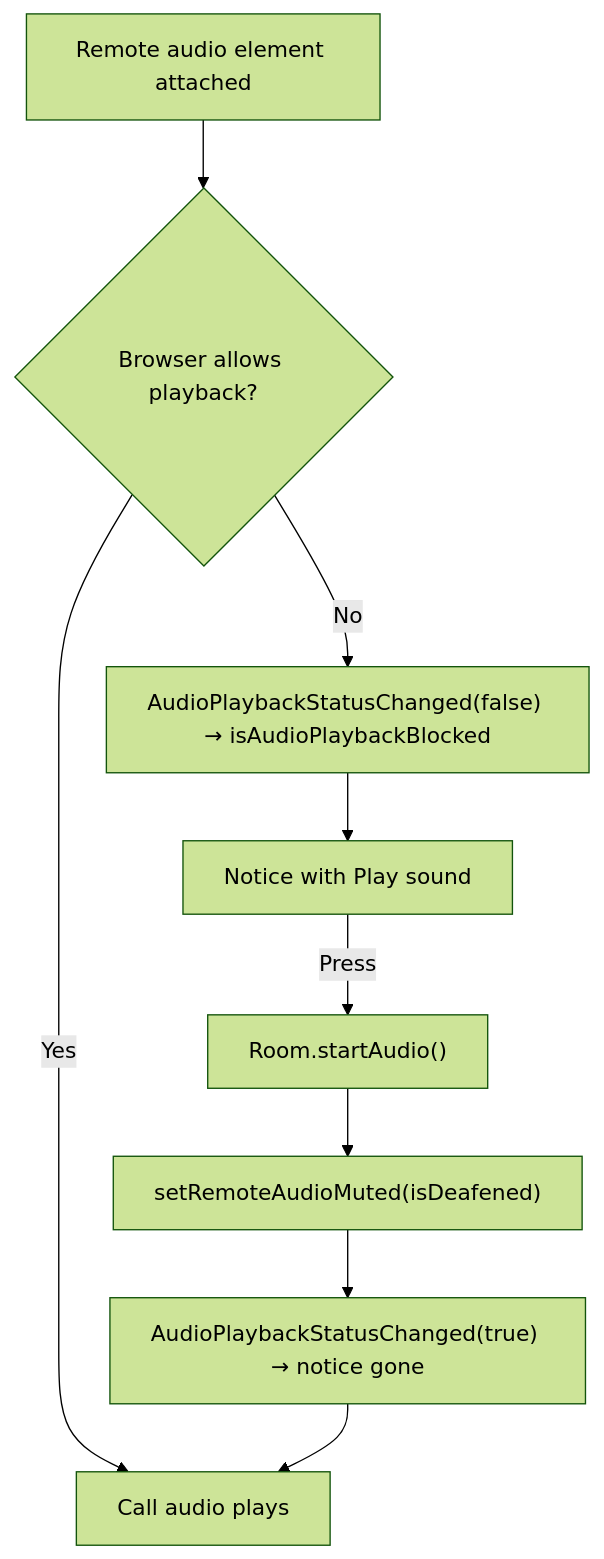
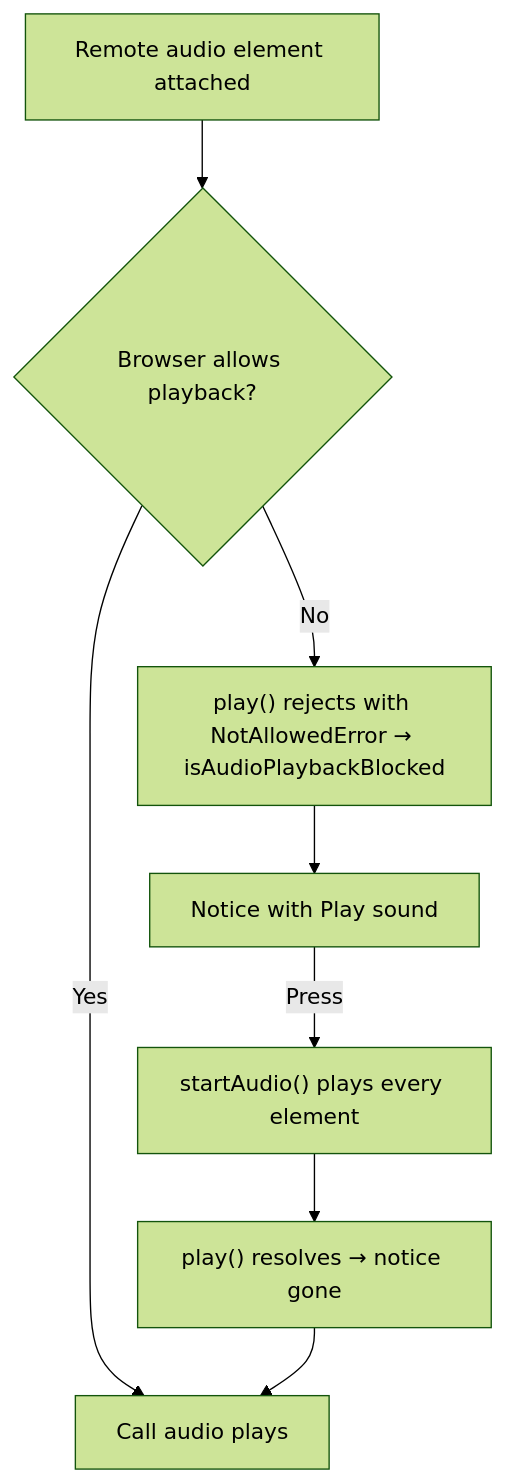
One commit to Esposter/Esposter changed the diagram in openspec/specs/esbabbler/calls/blocked-audio/design.md. Above: the diagram before and after it, drawn with Mermaid (forest theme). The commit also changed other lines of this file and 10 other files, not shown here.

````diff
--- a/openspec/specs/esbabbler/calls/blocked-audio/design.md
+++ b/openspec/specs/esbabbler/calls/blocked-audio/design.md
@@ -11,11 +11,10 @@
 ```mermaid
 flowchart TD
     Attach["Remote audio element attached"] --> Play{"Browser allows playback?"}
     Play -->|Yes| Sound["Call audio plays"]
-    Play -->|No| Blocked["AudioPlaybackStatusChanged(false) → isAudioPlaybackBlocked"]
+    Play -->|No| Blocked["play() rejects with NotAllowedError → isAudioPlaybackBlocked"]
     Blocked --> Notice["Notice with Play sound"]
-    Notice -->|Press| Start["Room.startAudio()"]
-    Start --> Deafen["setRemoteAudioMuted(isDeafened)"]
-    Deafen --> Cleared["AudioPlaybackStatusChanged(true) → notice gone"]
+    Notice -->|Press| Start["startAudio() plays every element"]
+    Start --> Cleared["play() resolves → notice gone"]
     Cleared --> Sound
 ```
````
